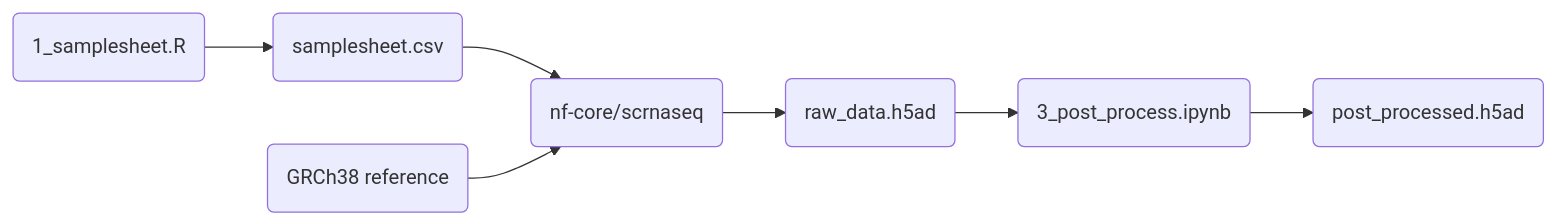
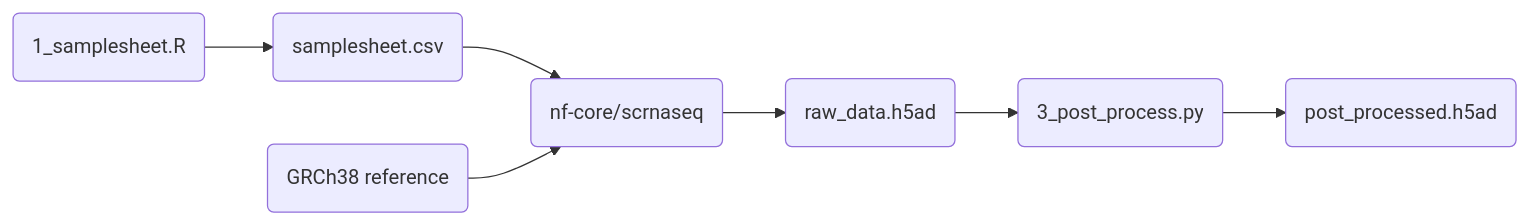
One commit to laminlabs/lamin-blog changed the diagram in docs/nf-lamin.md. Above: the diagram before and after it, drawn with Mermaid.

Commit message:
♻️ Python rather than ipynb

````diff
--- a/docs/nf-lamin.md
+++ b/docs/nf-lamin.md
@@ -76,13 +76,13 @@
 ```{mermaid}
 flowchart LR
     rscript("1_samplesheet.R"):::focal
     ref("GRCh38 reference"):::artifact
     sheet("samplesheet.csv"):::artifact
     nf("nf-core/scrnaseq"):::focal
     h5ad("raw_data.h5ad"):::artifact
-    nb("3_post_process.ipynb"):::focal
+    nb("3_post_process.py"):::focal
     ann("post_processed.h5ad"):::artifact
 
     rscript --> sheet --> nf --> h5ad --> nb --> ann
     ref --> nf
 ```
````
